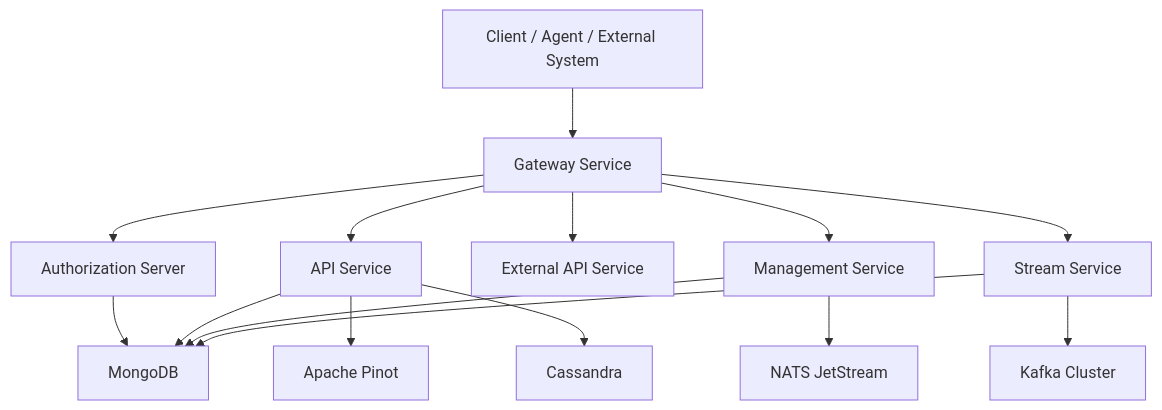
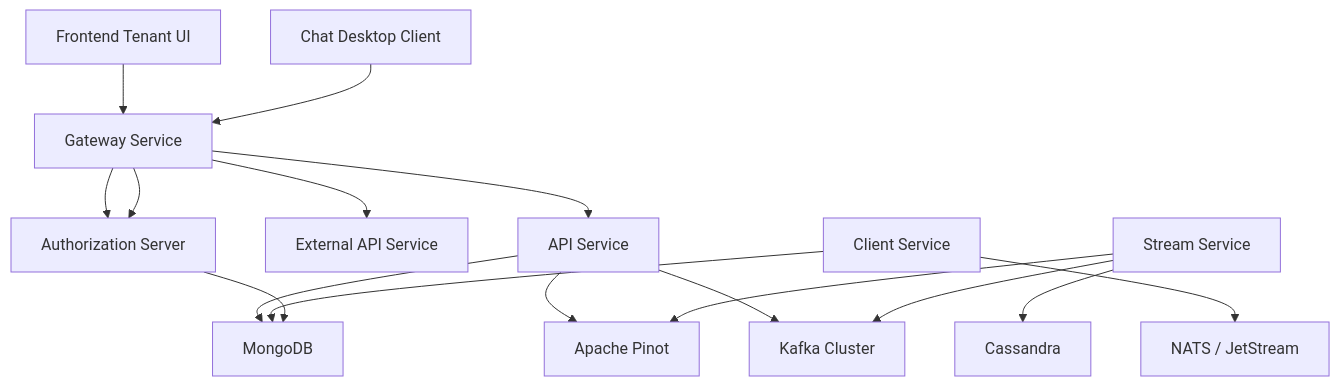
Before and after one commit to Praesto-Pro/openframe-oss-tenant: the diagram in docs/architecture/diagrams/README.mmd, drawn with Mermaid. The commit also changed 344 other files, not shown here.

```diff
--- a/docs/architecture/diagrams/README.mmd
+++ b/docs/architecture/diagrams/README.mmd
@@ -1,20 +1,21 @@
 flowchart TD
-    Client["Client / Agent / External System"] --> Gateway["Gateway Service"]
+    Frontend["Frontend Tenant UI"] --> Gateway["Gateway Service"]
+    ChatClient["Chat Desktop Client"] --> Gateway
 
-    Gateway --> Auth["Authorization Server"]
-    Gateway --> Api["API Service"]
+    Gateway --> ApiService["API Service"]
     Gateway --> ExternalApi["External API Service"]
-    Gateway --> Management["Management Service"]
-    Gateway --> Stream["Stream Service"]
+    Gateway --> AuthServer["Authorization Server"]
 
-    Auth --> Mongo["MongoDB"]
-    Api --> Mongo
-    Management --> Mongo
+    ApiService --> Mongo["MongoDB"]
+    ApiService --> Pinot["Apache Pinot"]
+    ApiService --> Kafka["Kafka Cluster"]
 
-    Stream --> Kafka["Kafka Cluster"]
-    Stream --> Mongo
+    StreamService["Stream Service"] --> Kafka
+    StreamService --> Cassandra["Cassandra"]
+    StreamService --> Pinot
 
-    Api --> Pinot["Apache Pinot"]
-    Api --> Cassandra["Cassandra"]
+    ClientService["Client Service"] --> Mongo
+    ClientService --> NATS["NATS / JetStream"]
 
-    Management --> Nats["NATS JetStream"]
+    AuthServer --> Mongo
+    Gateway --> AuthServer
```
